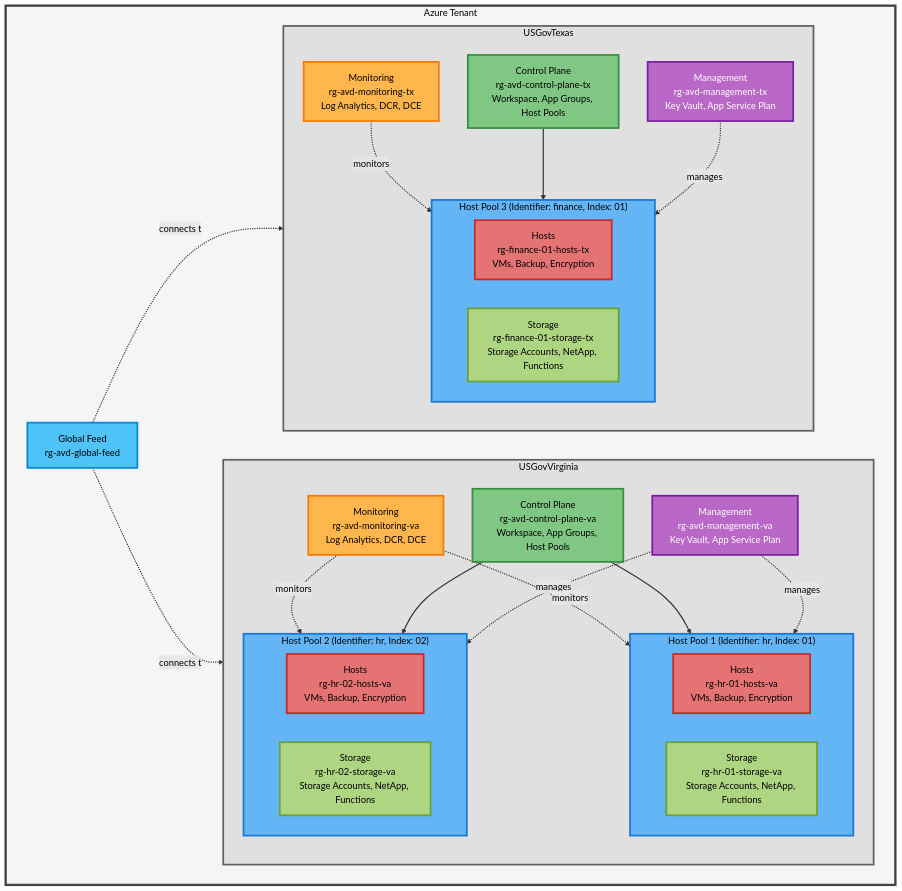
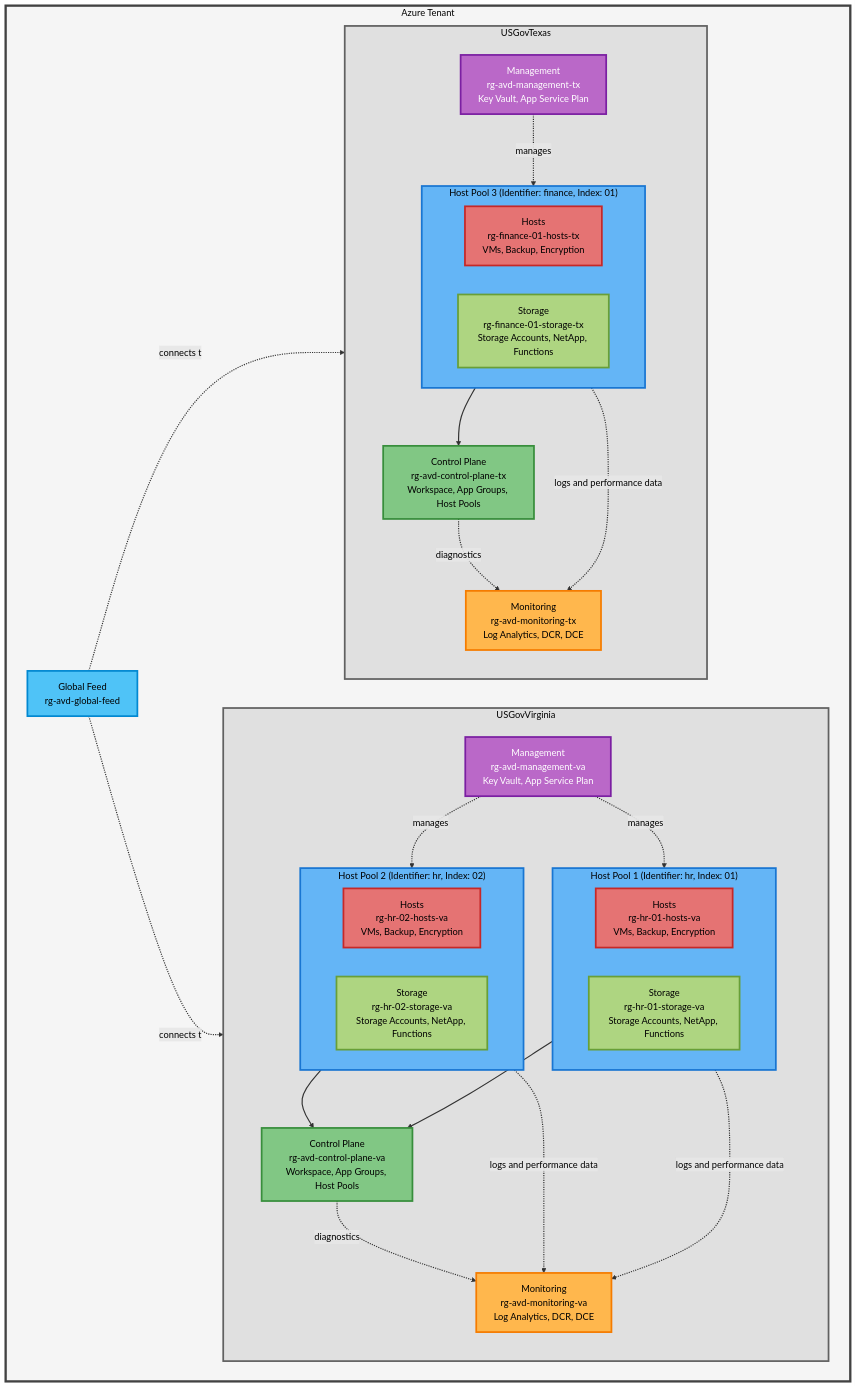
Before and after one commit to Azure/FederalAVD: the diagram in docs/design.md, drawn with Mermaid.

````diff
--- a/docs/design.md
+++ b/docs/design.md
@@ -17,77 +17,79 @@
 ```mermaid
 graph TB
     subgraph Tenant["Azure Tenant"]
         GF[Global Feed<br/>rg-avd-global-feed]
         
-        subgraph Region1["USGovVirginia"]
+        subgraph Region1["USGovVirginia<br/>"]
             direction TB
             MON1[Monitoring<br/>rg-avd-monitoring-va<br/>Log Analytics, DCR, DCE]
             MGT1[Management<br/>rg-avd-management-va<br/>Key Vault, App Service Plan]
             CP1[Control Plane<br/>rg-avd-control-plane-va<br/>Workspace, App Groups, Host Pools]
             
             subgraph HP1["Host Pool 1 (Identifier: hr, Index: 01)"]
                 direction LR
                 HOSTS1[Hosts<br/>rg-hr-01-hosts-va<br/>VMs, Backup, Encryption]
                 STORAGE1[Storage<br/>rg-hr-01-storage-va<br/>Storage Accounts, NetApp, Functions]
             end
             
             subgraph HP2["Host Pool 2 (Identifier: hr, Index: 02)"]
                 direction LR
                 HOSTS2[Hosts<br/>rg-hr-02-hosts-va<br/>VMs, Backup, Encryption]
                 STORAGE2[Storage<br/>rg-hr-02-storage-va<br/>Storage Accounts, NetApp, Functions]
             end
             
-            CP1 --> HP1
-            CP1 --> HP2
-            MON1 -.monitors.-> HOSTS1
-            MON1 -.monitors.-> HOSTS2
+            HP1 --> CP1
+            HP2 --> CP1
+            CP1 -.diagnostics.-> MON1
+            HOSTS1 -.logs and performance data.-> MON1
+            HOSTS2 -.logs and performance data.-> MON1
             MGT1 -.manages.-> HP1
             MGT1 -.manages.-> HP2
         end
         
-        subgraph Region2["USGovTexas"]
+        subgraph Region2["USGovTexas<br/>"]
             direction TB
             MON2[Monitoring<br/>rg-avd-monitoring-tx<br/>Log Analytics, DCR, DCE]
             MGT2[Management<br/>rg-avd-management-tx<br/>Key Vault, App Service Plan]
             CP2[Control Plane<br/>rg-avd-control-plane-tx<br/>Workspace, App Groups, Host Pools]
             
             subgraph HP3["Host Pool 3 (Identifier: finance, Index: 01)"]
                 direction LR
                 HOSTS3[Hosts<br/>rg-finance-01-hosts-tx<br/>VMs, Backup, Encryption]
                 STORAGE3[Storage<br/>rg-finance-01-storage-tx<br/>Storage Accounts, NetApp, Functions]
             end
             
-            CP2 --> HP3
-            MON2 -.monitors.-> HOSTS3
+            HP3 --> CP2
+            CP2 -.diagnostics.-> MON2
+            HOSTS3 -.logs and performance data.-> MON2
             MGT2 -.manages.-> HP3
         end
         
         GF -.connects to.-> CP1
         GF -.connects to.-> CP2
     end
     
     %% Define styles for different resource group types
     classDef globalFeed fill:#4fc3f7,stroke:#0288d1,stroke-width:3px,color:#000
     classDef monitoring fill:#ffb74d,stroke:#f57c00,stroke-width:3px,color:#000
     classDef management fill:#ba68c8,stroke:#7b1fa2,stroke-width:3px,color:#fff
     classDef controlPlane fill:#81c784,stroke:#388e3c,stroke-width:3px,color:#000
     classDef hosts fill:#e57373,stroke:#c62828,stroke-width:3px,color:#000
     classDef storage fill:#aed581,stroke:#689f38,stroke-width:3px,color:#000
     classDef hostPool fill:#64b5f6,stroke:#1976d2,stroke-width:3px,color:#000
     classDef region fill:#e0e0e0,stroke:#616161,stroke-width:3px,color:#000
     classDef tenant fill:#f5f5f5,stroke:#424242,stroke-width:4px,color:#000
     
     %% Apply styles to nodes
     class GF globalFeed
     class MON1,MON2 monitoring
     class MGT1,MGT2 management
     class CP1,CP2 controlPlane
     class HOSTS1,HOSTS2,HOSTS3 hosts
     class STORAGE1,STORAGE2,STORAGE3 storage
     class HP1,HP2,HP3 hostPool
     class Region1,Region2 region
     class Tenant tenant
     
     %% Style connectors - make them darker and more visible
     linkStyle default stroke:#333,stroke-width:2px,color:#000
 ```
````
